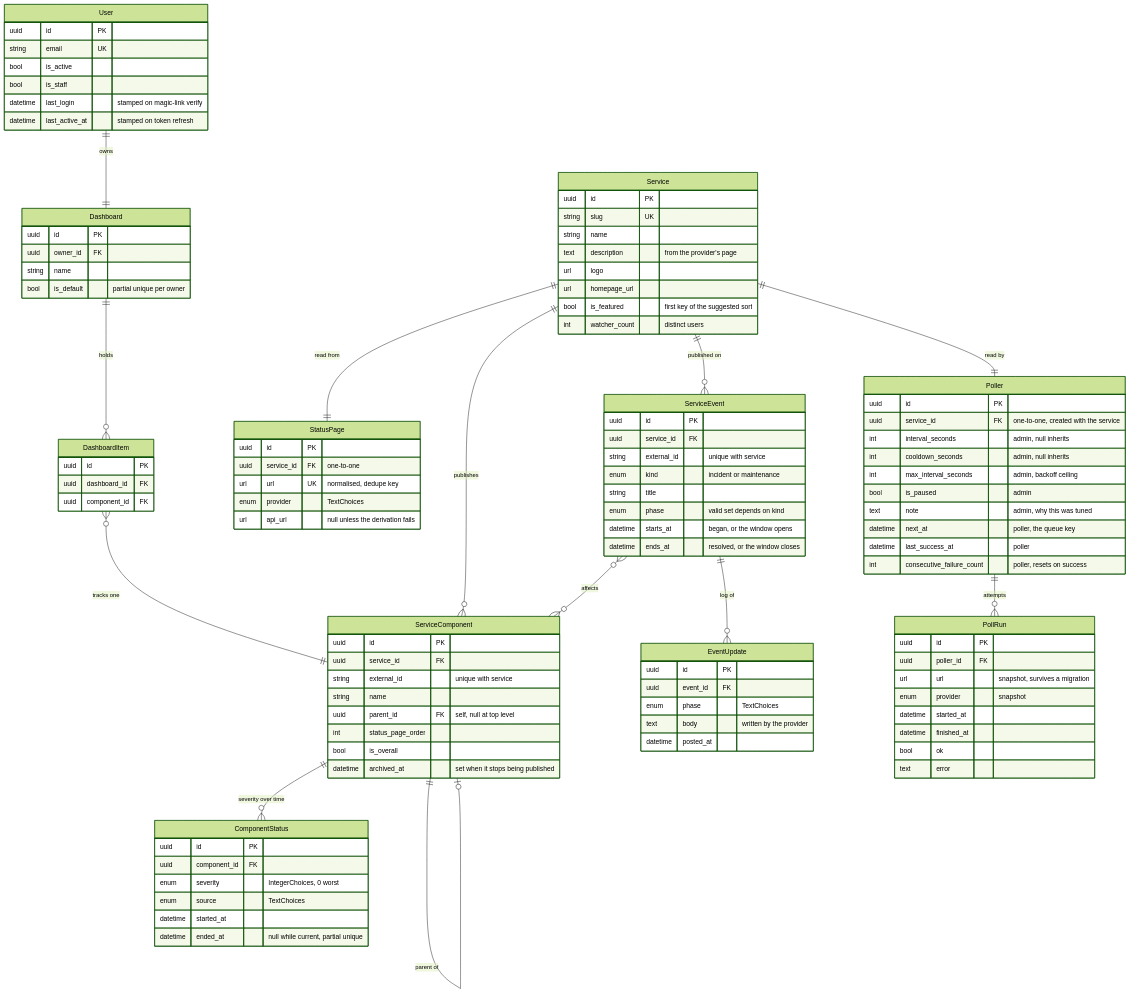
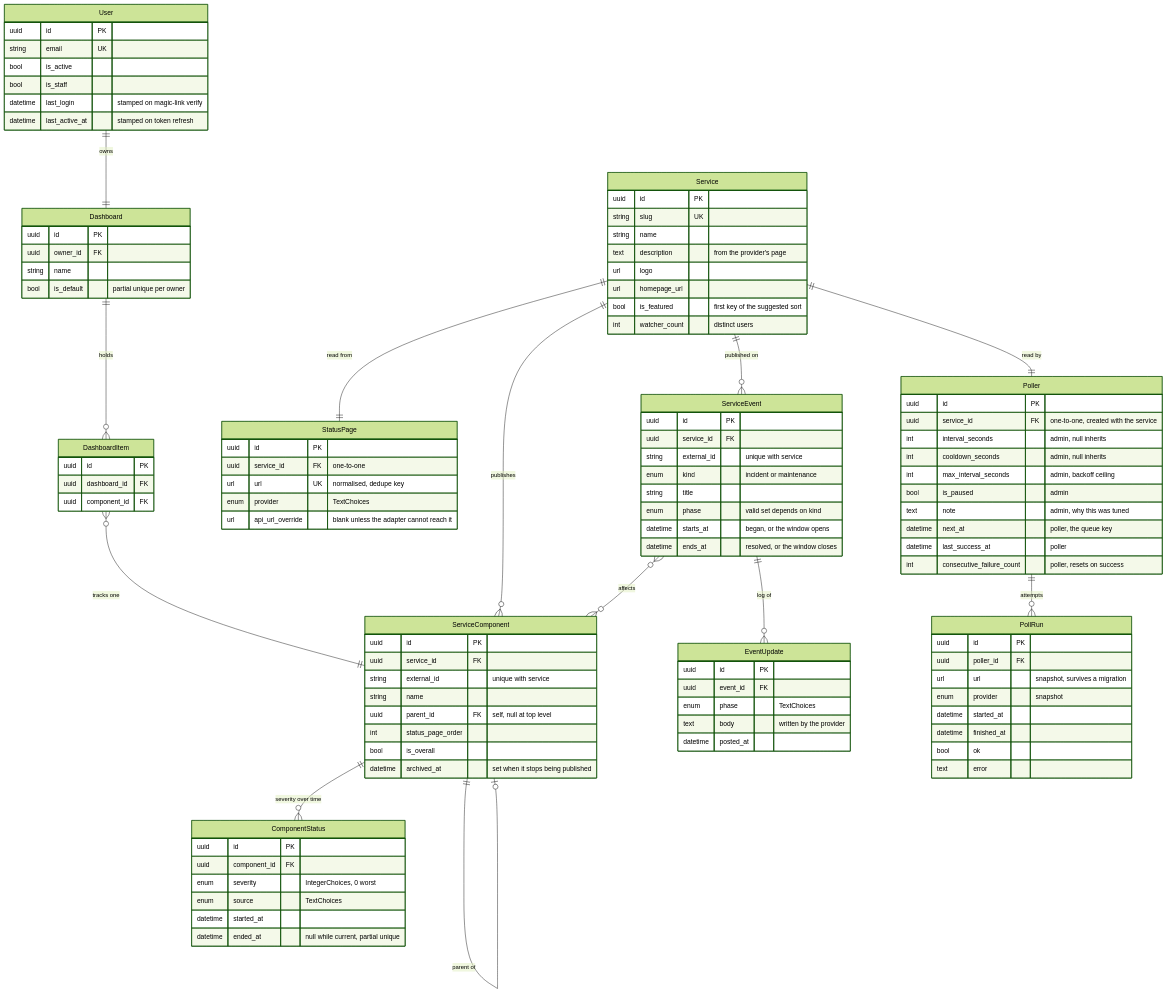
The second of 2 diagrams in docs/specs/2026-08-23-statusboard-design.md (thalida/statusboard), drawn with Mermaid (forest theme) before and after one commit. The commit also changed other lines of this file and 12 other files, not shown here.

```diff
--- a/docs/specs/2026-08-23-statusboard-design.md
+++ b/docs/specs/2026-08-23-statusboard-design.md
@@ -137,7 +137,7 @@
         uuid service_id FK "one-to-one"
         url url UK "normalised, dedupe key"
         enum provider "TextChoices"
-        url api_url "null unless the derivation fails"
+        url api_url_override "blank unless the adapter cannot reach it"
     }
     Poller {
         uuid id PK
```
